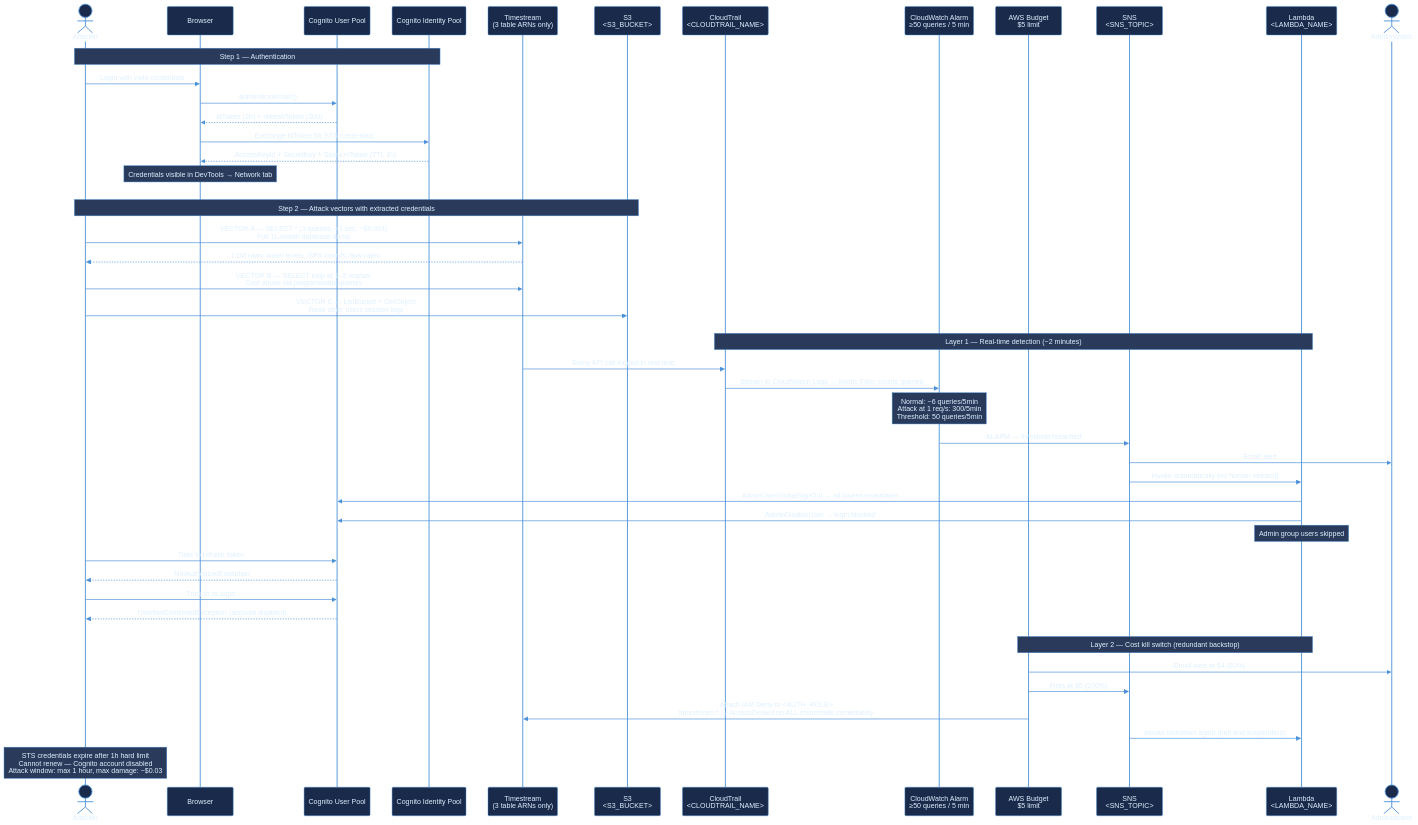
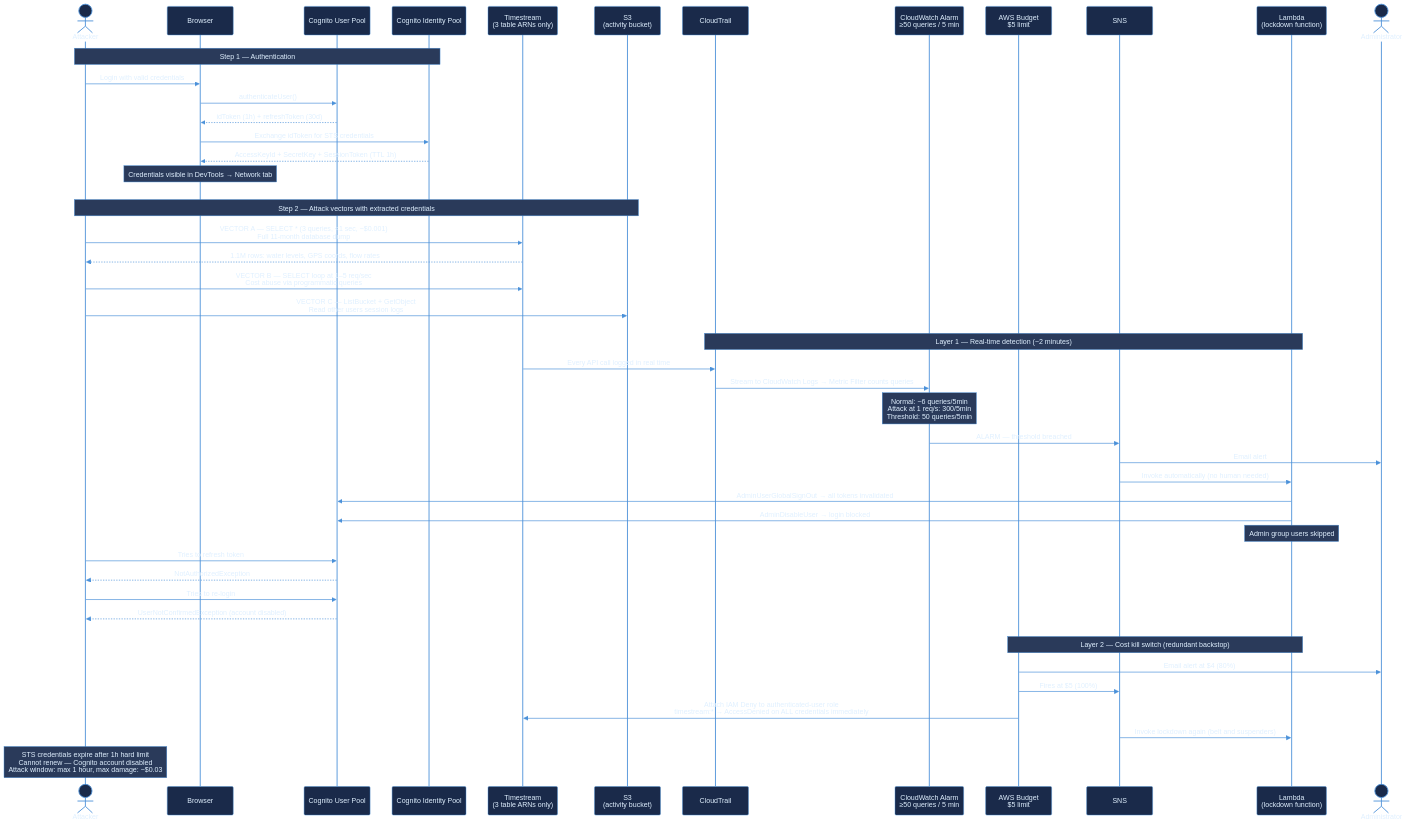
The diagram in README.md (igoralves1/sm-dashboard-client), drawn with Mermaid before and after one commit. The commit also changed other lines of this file and 1 other file, not shown here.

Commit message:
security: remove sensitive resource names from all docs

```diff
--- a/README.md
+++ b/README.md
@@ -422,12 +422,12 @@
     participant CognitoPool as Cognito User Pool
     participant IdentityPool as Cognito Identity Pool
     participant Timestream as Timestream<br/>(3 table ARNs only)
-    participant S3 as S3<br/><S3_BUCKET>
-    participant CloudTrail as CloudTrail<br/><CLOUDTRAIL_NAME>
+    participant S3 as S3<br/>(activity bucket)
+    participant CloudTrail as CloudTrail
     participant CWAlarm as CloudWatch Alarm<br/>≥50 queries / 5 min
     participant Budget as AWS Budget<br/>$5 limit
-    participant SNS as SNS<br/><SNS_TOPIC>
-    participant Lambda as Lambda<br/><LAMBDA_NAME>
+    participant SNS as SNS
+    participant Lambda as Lambda<br/>(lockdown function)
     actor Administrator
 
     rect rgba(0,0,0,0)
@@ -469,7 +469,7 @@
         Note over Budget,Lambda: Layer 2 — Cost kill switch (redundant backstop)
         Budget->>Administrator: Email alert at $4 (80%)
         Budget->>SNS: Fires at $5 (100%)
-        Budget->>Timestream: Attach IAM Deny to <AUTH_ROLE><br/>timestream:* → AccessDenied on ALL credentials immediately
+        Budget->>Timestream: Attach IAM Deny to authenticated-user role<br/>timestream:* → AccessDenied on ALL credentials immediately
         SNS->>Lambda: Invoke lockdown again (belt and suspenders)
     end
 
```
